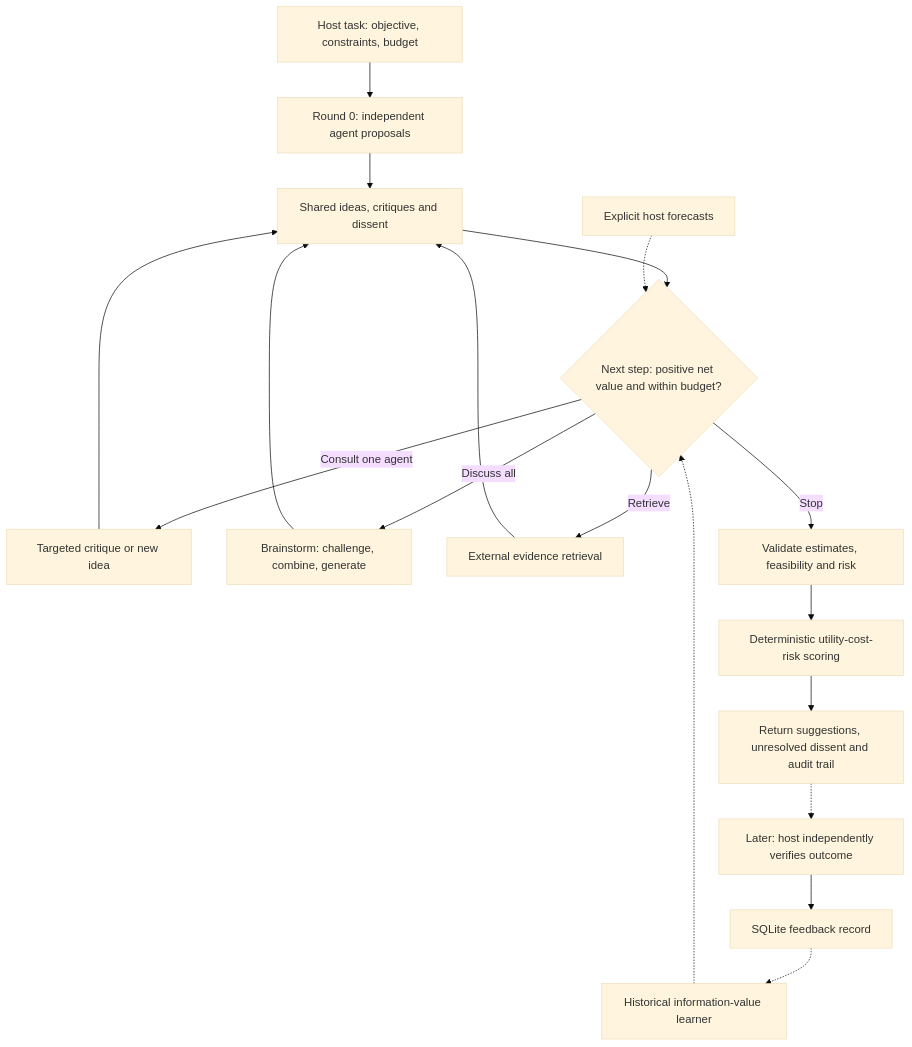
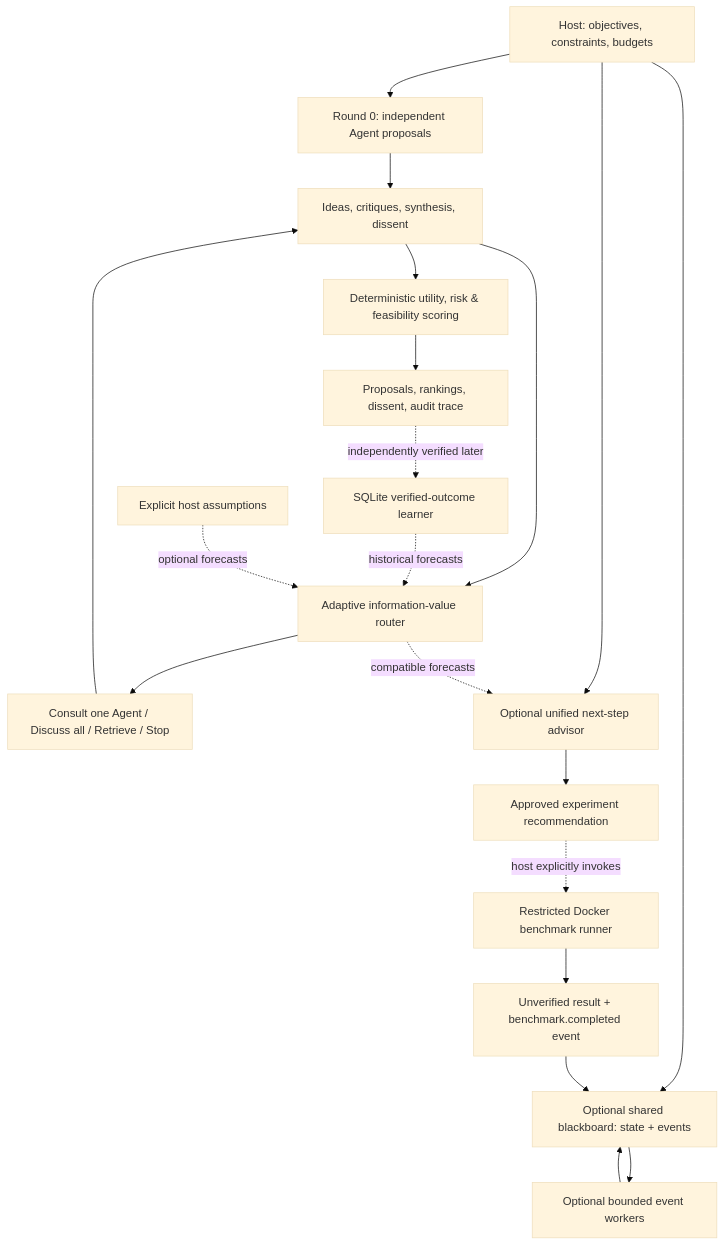
One commit to ZacharyVo/Arbiter-AI changed the diagram in README.md. Above: the diagram before and after it, drawn with Mermaid (base theme). The commit also changed other lines of this file, not shown here.

````diff
--- a/README.md
+++ b/README.md
@@ -28,20 +41,24 @@
-```mermaid
+~~~mermaid
 flowchart TD
-    A["Host task: objective, constraints, budget"] --> B["Round 0: independent agent proposals"]
-    B --> C["Shared ideas, critiques and dissent"]
-    C --> D{"Next step: positive net value and within budget?"}
-    P["Explicit host forecasts"] -.-> D
-    L["Historical information-value learner"] -.-> D
-    D -->|Consult one agent| E["Targeted critique or new idea"]
-    D -->|Discuss all| F["Brainstorm: challenge, combine, generate"]
-    D -->|Retrieve| G["External evidence retrieval"]
-    D -->|Stop| H["Validate estimates, feasibility and risk"]
-    E --> C
-    F --> C
-    G --> C
-    H --> I["Deterministic utility-cost-risk scoring"]
-    I --> J["Return suggestions, unresolved dissent and audit trail"]
-    J -.-> K["Later: host independently verifies outcome"]
-    K --> M["SQLite feedback record"]
-    M -.-> L
-```
+    H["Host: objectives, constraints, budgets"] --> I["Round 0: independent Agent proposals"]
+    I --> C["Ideas, critiques, synthesis, dissent"]
+    C --> R["Adaptive information-value router"]
+    L["SQLite verified-outcome learner"] -. "historical forecasts" .-> R
+    P["Explicit host assumptions"] -. "optional forecasts" .-> R
+    R --> A["Consult one Agent / Discuss all / Retrieve / Stop"]
+    A --> C
+    C --> S["Deterministic utility, risk & feasibility scoring"]
+    S --> O["Proposals, rankings, dissent, audit trace"]
+    O -. "independently verified later" .-> L
+
+    H --> B["Optional shared blackboard: state + events"]
+    B --> E["Optional bounded event workers"]
+    E --> B
+
+    H --> U["Optional unified next-step advisor"]
+    R -. "compatible forecasts" .-> U
+    U --> X["Approved experiment recommendation"]
+    X -. "host explicitly invokes" .-> D["Restricted Docker benchmark runner"]
+    D --> F["Unverified result + benchmark.completed event"]
+    F --> B
+~~~
````
